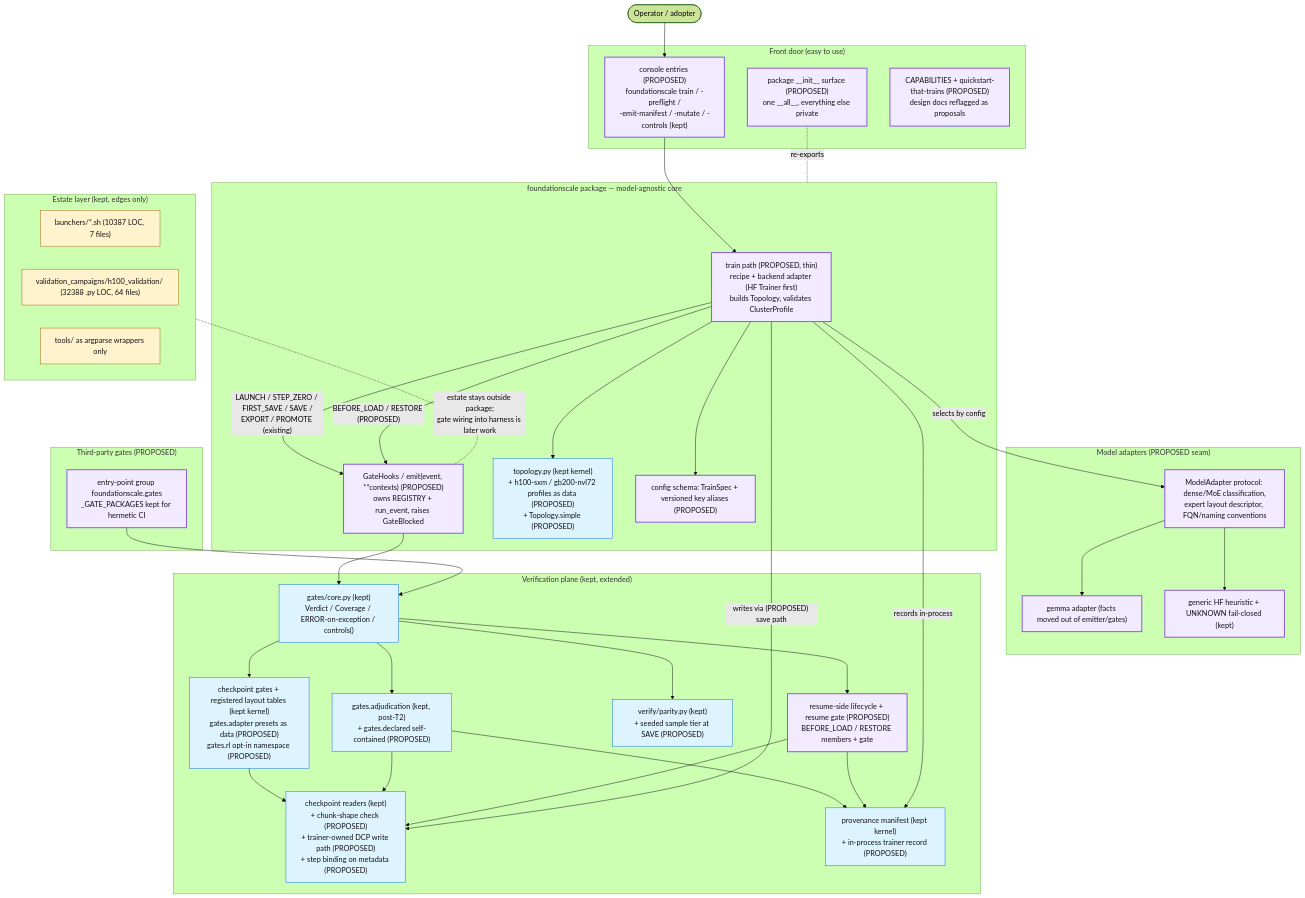
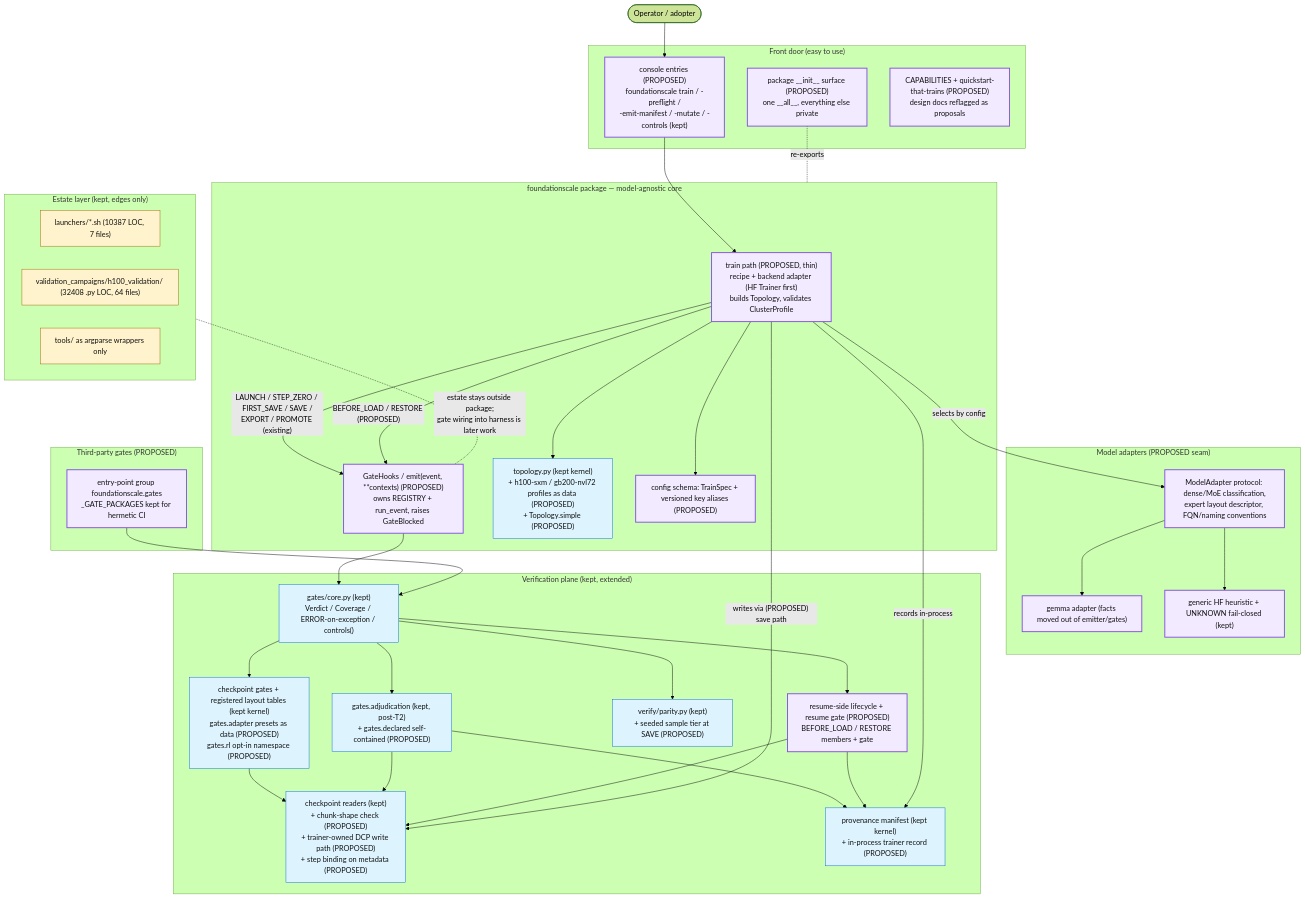
One commit to TranNhiem/FoundationScale changed the diagram in docs/review/D5_proposed_architecture.md. Above: the diagram before and after it, drawn with Mermaid (forest theme). The commit also changed other lines of this file and 7 other files, not shown here.

````diff
--- a/docs/review/D5_proposed_architecture.md
+++ b/docs/review/D5_proposed_architecture.md
@@ -13,74 +13,74 @@
 ```mermaid
 flowchart TB
   U(["Operator / adopter"])
 
   subgraph FRONT["Front door (easy to use)"]
     CLI["console entries (PROPOSED)<br/>foundationscale train / -preflight /<br/>-emit-manifest / -mutate / -controls (kept)"]
     SURF["package __init__ surface (PROPOSED)<br/>one __all__, everything else private"]
     DOCS["CAPABILITIES + quickstart-that-trains (PROPOSED)<br/>design docs reflagged as proposals"]
   end
 
   subgraph CORE["foundationscale package — model-agnostic core"]
     TRAIN["train path (PROPOSED, thin)<br/>recipe + backend adapter (HF Trainer first)<br/>builds Topology, validates ClusterProfile"]
     HOOKS["GateHooks / emit(event, **contexts) (PROPOSED)<br/>owns REGISTRY + run_event, raises GateBlocked"]
     TOPO["topology.py (kept kernel)<br/>+ h100-sxm / gb200-nvl72 profiles as data (PROPOSED)<br/>+ Topology.simple (PROPOSED)"]
     CONFIG["config schema: TrainSpec + versioned key aliases (PROPOSED)"]
   end
 
   subgraph ADAPT["Model adapters (PROPOSED seam)"]
     MA["ModelAdapter protocol: dense/MoE classification,<br/>expert layout descriptor, FQN/naming conventions"]
     GEM["gemma adapter (facts moved out of emitter/gates)"]
     HF["generic HF heuristic + UNKNOWN fail-closed (kept)"]
   end
 
   subgraph VERIFY["Verification plane (kept, extended)"]
     GCORE["gates/core.py (kept)<br/>Verdict / Coverage / ERROR-on-exception / controls()"]
     GCK["checkpoint gates + registered layout tables (kept kernel)<br/>gates.adapter presets as data (PROPOSED)<br/>gates.rl opt-in namespace (PROPOSED)"]
     ADJ["gates.adjudication (kept, post-T2)<br/>+ gates.declared self-contained (PROPOSED)"]
     PAR["verify/parity.py (kept)<br/>+ seeded sample tier at SAVE (PROPOSED)"]
     CKIO["checkpoint readers (kept)<br/>+ chunk-shape check (PROPOSED)<br/>+ trainer-owned DCP write path (PROPOSED)<br/>+ step binding on metadata (PROPOSED)"]
     PROV["provenance manifest (kept kernel)<br/>+ in-process trainer record (PROPOSED)"]
     RES["resume-side lifecycle + resume gate (PROPOSED)<br/>BEFORE_LOAD / RESTORE members + gate"]
   end
 
   subgraph PLUG["Third-party gates (PROPOSED)"]
     EP["entry-point group foundationscale.gates<br/>_GATE_PACKAGES kept for hermetic CI"]
   end
 
   subgraph ESTATE["Estate layer (kept, edges only)"]
     LAU["launchers/*.sh (10387 LOC, 7 files)"]
-    H100["validation_campaigns/h100_validation/ (32388 .py LOC, 64 files)"]
+    H100["validation_campaigns/h100_validation/ (32408 .py LOC, 64 files)"]
     WRAP["tools/ as argparse wrappers only"]
   end
 
   U --> CLI --> TRAIN
   SURF -. re-exports .- CORE
   TRAIN --> TOPO
   TRAIN --> CONFIG
   TRAIN -- "selects by config" --> MA
   MA --> GEM
   MA --> HF
   TRAIN -- "LAUNCH / STEP_ZERO / FIRST_SAVE / SAVE /<br/>EXPORT / PROMOTE (existing)" --> HOOKS
   TRAIN -- "BEFORE_LOAD / RESTORE (PROPOSED)" --> HOOKS
   HOOKS --> GCORE
   EP --> GCORE
   GCORE --> GCK
   GCORE --> ADJ
   GCORE --> PAR
   GCORE --> RES
   GCK --> CKIO
   ADJ --> CKIO
   ADJ --> PROV
   RES --> CKIO
   RES --> PROV
   TRAIN -- "writes via (PROPOSED) save path" --> CKIO
   TRAIN -- "records in-process" --> PROV
   ESTATE -. "estate stays outside package;<br/>gate wiring into harness is later work" .- HOOKS
 
   classDef new fill:#f2eaff,stroke:#8250df,stroke-width:2px,color:#111;
   classDef kept fill:#ddf4ff,stroke:#0969da,color:#111;
   classDef estate fill:#fff3cd,stroke:#9a6700,color:#111;
   class TRAIN,HOOKS,CLI,SURF,DOCS,MA,GEM,HF,RES,EP,CONFIG new;
   class GCORE,GCK,ADJ,PAR,CKIO,PROV,TOPO kept;
   class LAU,H100,WRAP estate;
 ```
````
